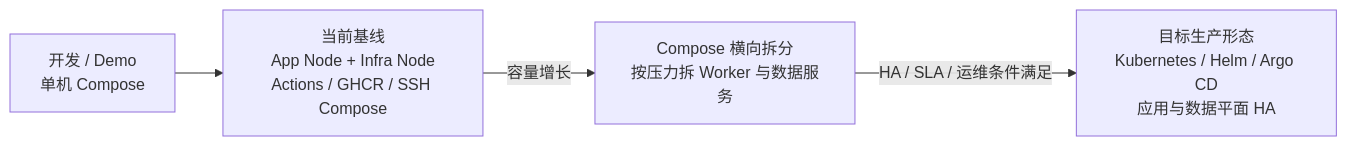
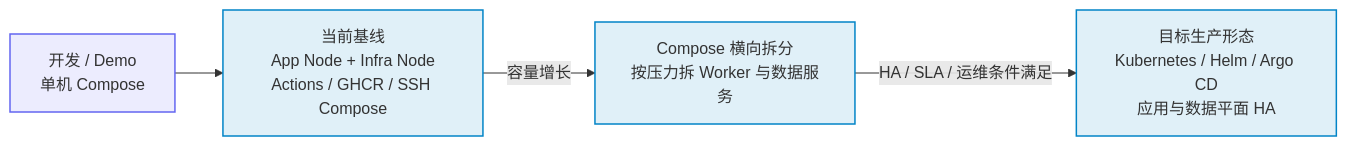
One commit to pinpols/file-batch-system changed the fifth of 5 diagrams in docs/runbook/compose-cd-roadmap.md. Above: the diagram before and after it, drawn with Mermaid. The commit also changed 34 other files, not shown here.

First line of the commit message:
docs(diagram): 完成 P3 Mermaid 图样式收口并补充制图规范 (#1390)

````diff
--- a/docs/runbook/compose-cd-roadmap.md
+++ b/docs/runbook/compose-cd-roadmap.md
@@ -414,7 +414,10 @@
 ```mermaid
 %%{init: {"flowchart":{"curve":"linear","nodeSpacing":32,"rankSpacing":48},"sequence":{"mirrorActors":false}}}%%
 flowchart LR
-  DEV["开发 / Demo<br/>单机 Compose"] --> BASE["当前基线<br/>App Node + Infra Node<br/>Actions / GHCR / SSH Compose"]
-  BASE -->|"容量增长"| SPLIT["Compose 横向拆分<br/>按压力拆 Worker 与数据服务"]
-  SPLIT -->|"HA / SLA / 运维条件满足"| TARGET["目标生产形态<br/>Kubernetes / Helm / Argo CD<br/>应用与数据平面 HA"]
+  DEV["开发 / Demo<br/>单机 Compose"]:::entry --> BASE["当前基线<br/>App Node + Infra Node<br/>Actions / GHCR / SSH Compose"]:::control
+  BASE -->|"容量增长"| SPLIT["Compose 横向拆分<br/>按压力拆 Worker 与数据服务"]:::control
+  SPLIT -->|"HA / SLA / 运维条件满足"| TARGET["目标生产形态<br/>Kubernetes / Helm / Argo CD<br/>应用与数据平面 HA"]:::control
+
+  classDef entry fill:#6366f11f,stroke:#6366f1,stroke-width:1.5px
+  classDef control fill:#0284c71f,stroke:#0284c7,stroke-width:1.5px
 ```
````
